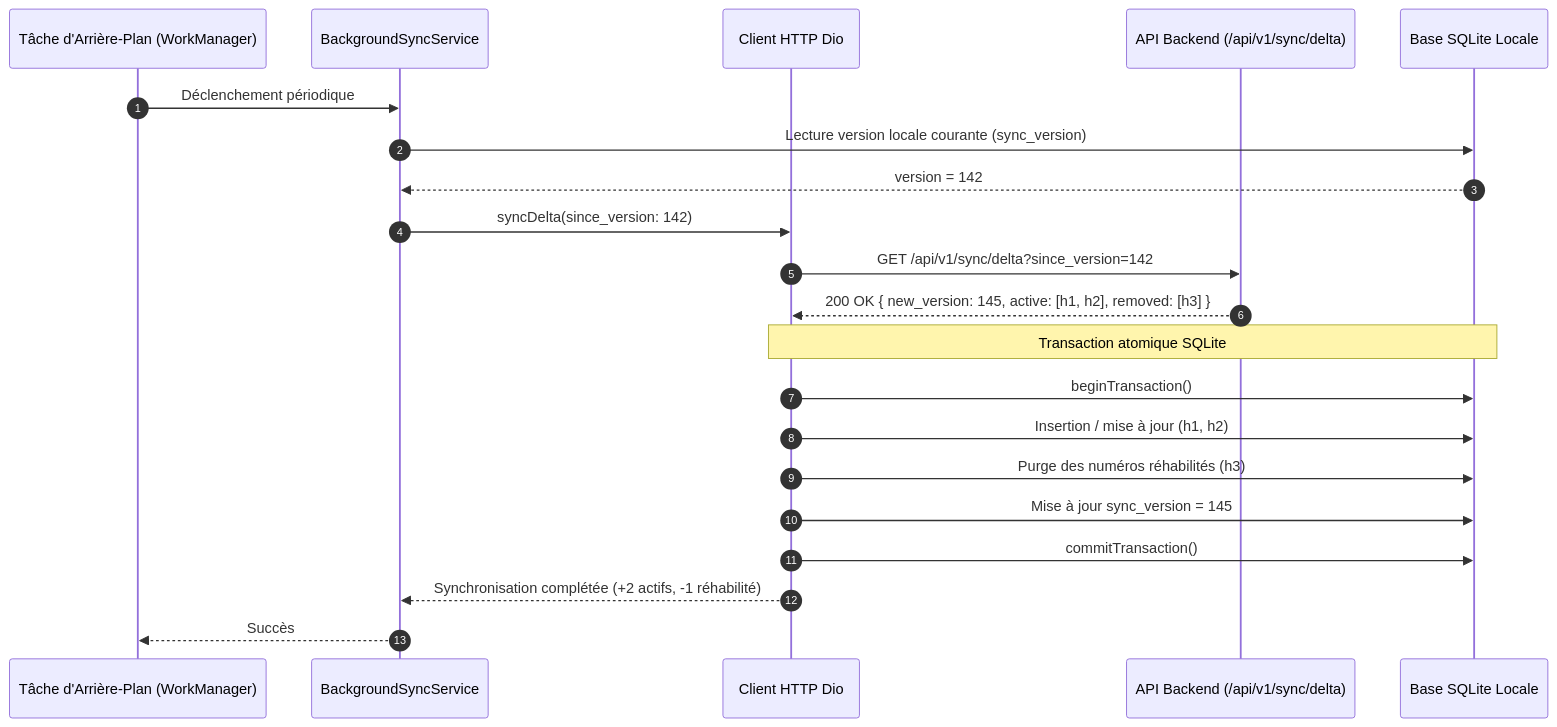
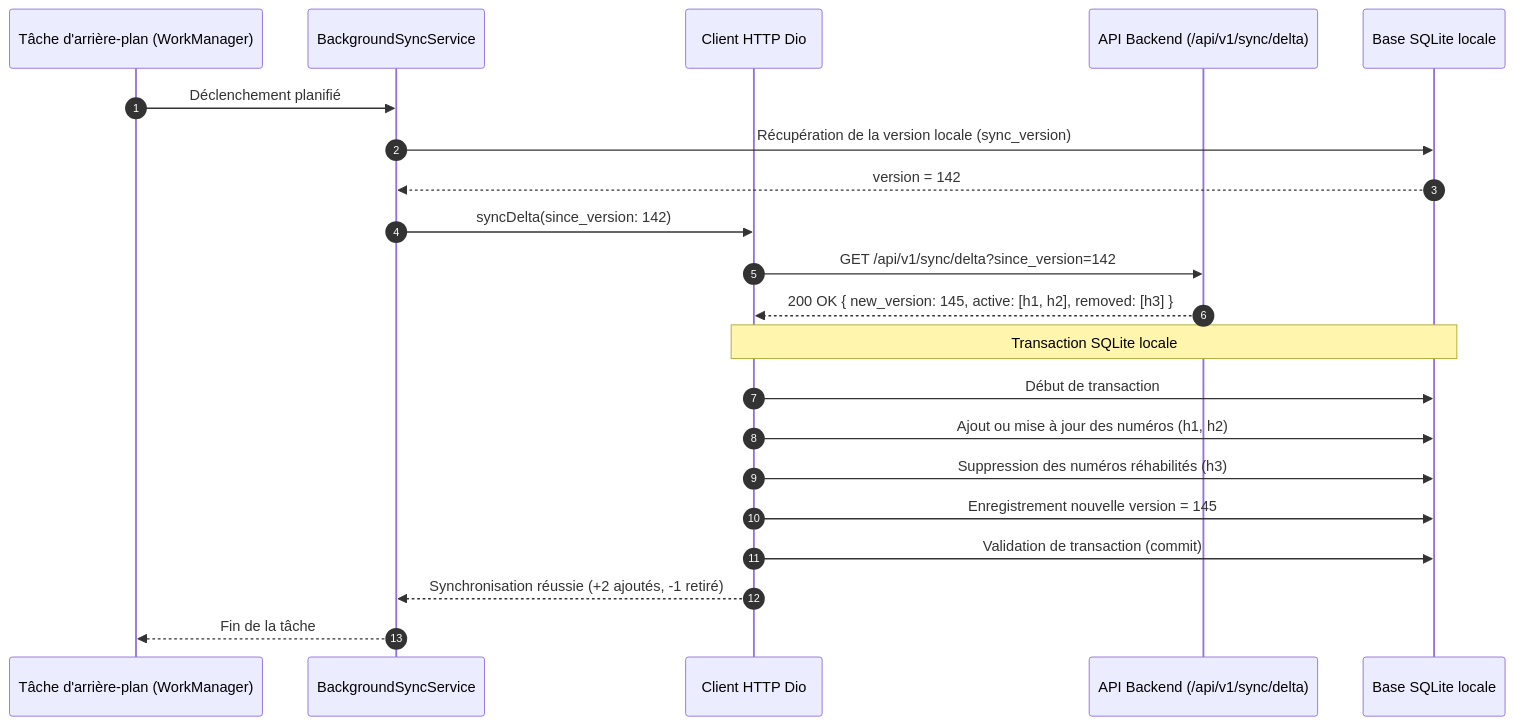
The fifth of 7 diagrams in docs/ARCHITECTURE_ET_CONCEPTION.md (fadelilyas01/Projet-Synth-se), drawn with Mermaid before and after one commit. The commit also changed other lines of this file and 2 other files, not shown here.

Commit message:
docs: add architecture, deployment, and security threat model documentation

````diff
--- a/docs/ARCHITECTURE_ET_CONCEPTION.md
+++ b/docs/ARCHITECTURE_ET_CONCEPTION.md
@@ -299,27 +301,27 @@
 ```mermaid
 sequenceDiagram
     autonumber
-    participant Scheduler as Tâche d'Arrière-Plan (WorkManager)
+    participant Scheduler as Tâche d'arrière-plan (WorkManager)
     participant SyncService as BackgroundSyncService
     participant ApiService as Client HTTP Dio
     participant DjangoAPI as API Backend (/api/v1/sync/delta)
-    participant LocalDB as Base SQLite Locale
+    participant LocalDB as Base SQLite locale
 
-    Scheduler->>SyncService: Déclenchement périodique
-    SyncService->>LocalDB: Lecture version locale courante (sync_version)
+    Scheduler->>SyncService: Déclenchement planifié
+    SyncService->>LocalDB: Récupération de la version locale (sync_version)
     LocalDB-->>SyncService: version = 142
     
     SyncService->>ApiService: syncDelta(since_version: 142)
     ApiService->>DjangoAPI: GET /api/v1/sync/delta?since_version=142
     DjangoAPI-->>ApiService: 200 OK { new_version: 145, active: [h1, h2], removed: [h3] }
     
-    Note over ApiService,LocalDB: Transaction atomique SQLite
-    ApiService->>LocalDB: beginTransaction()
-    ApiService->>LocalDB: Insertion / mise à jour (h1, h2)
-    ApiService->>LocalDB: Purge des numéros réhabilités (h3)
-    ApiService->>LocalDB: Mise à jour sync_version = 145
-    ApiService->>LocalDB: commitTransaction()
+    Note over ApiService,LocalDB: Transaction SQLite locale
+    ApiService->>LocalDB: Début de transaction
+    ApiService->>LocalDB: Ajout ou mise à jour des numéros (h1, h2)
+    ApiService->>LocalDB: Suppression des numéros réhabilités (h3)
+    ApiService->>LocalDB: Enregistrement nouvelle version = 145
+    ApiService->>LocalDB: Validation de transaction (commit)
     
-    ApiService-->>SyncService: Synchronisation complétée (+2 actifs, -1 réhabilité)
-    SyncService-->>Scheduler: Succès
+    ApiService-->>SyncService: Synchronisation réussie (+2 ajoutés, -1 retiré)
+    SyncService-->>Scheduler: Fin de la tâche
 ```
````
